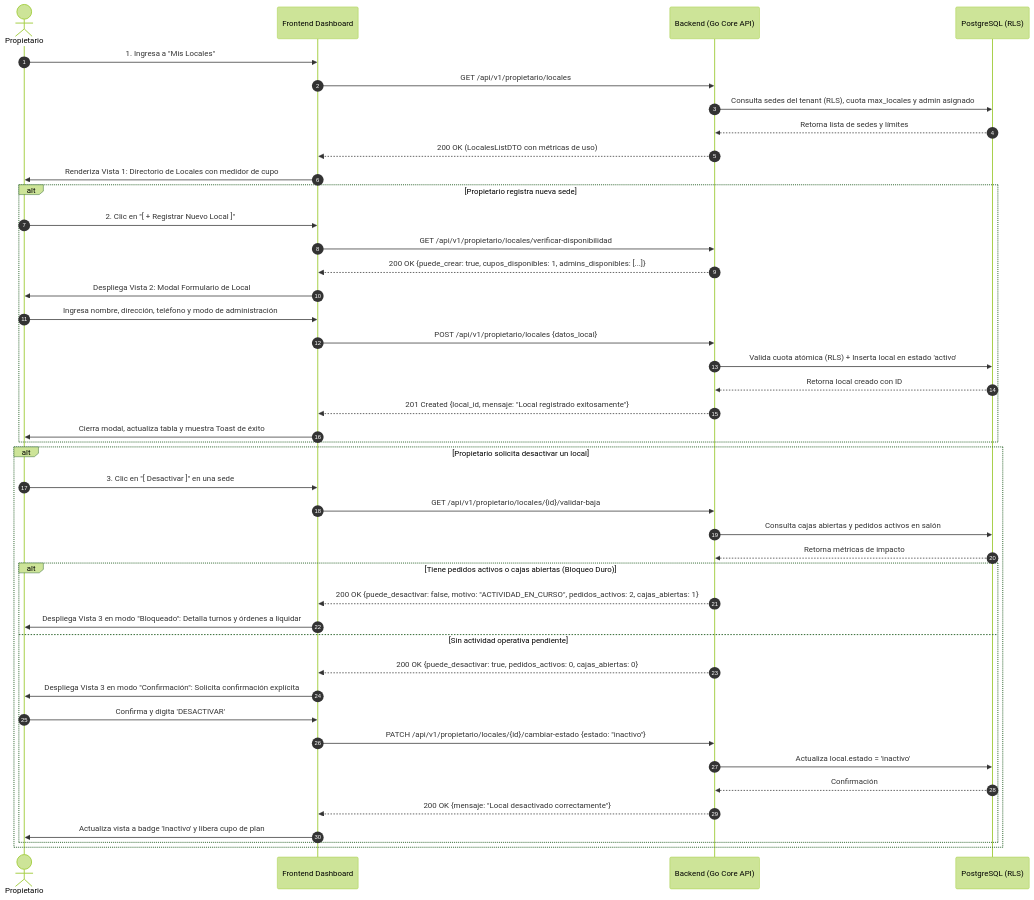
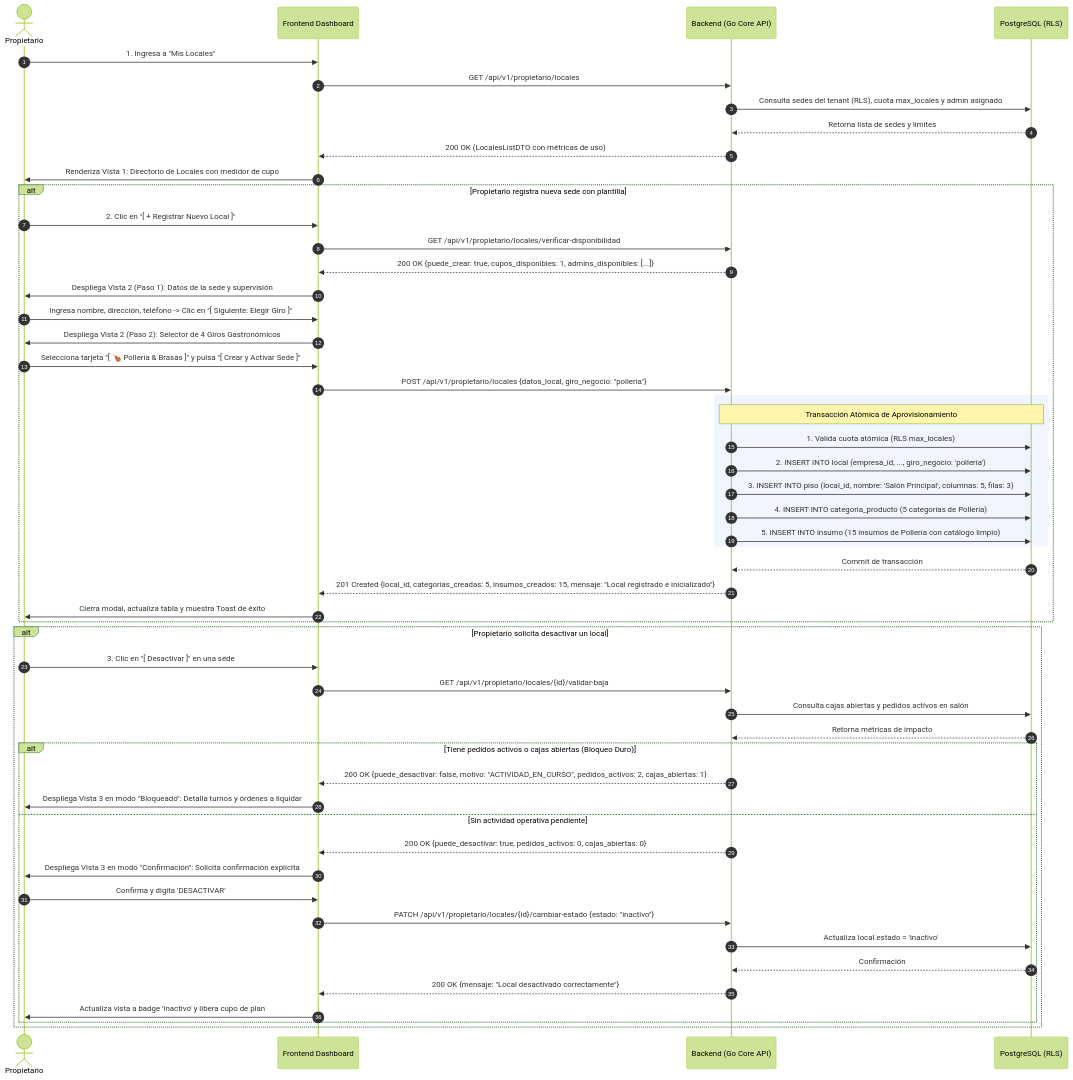
One commit to JCHUIZ10/RestaurantCloud_AI_backend changed the diagram in wireframe/propietario/CU-PROP-04-administrar-locales/wireframe.md. Above: the diagram before and after it, drawn with Mermaid (forest theme). The commit also changed other lines of this file and 1 other file, not shown here.

Commit message:
Actualizacion del diseño de CU-PROP-04: Registrar y Administrar Locales

````diff
--- a/wireframe/propietario/CU-PROP-04-administrar-locales/wireframe.md
+++ b/wireframe/propietario/CU-PROP-04-administrar-locales/wireframe.md
@@ -22,51 +22,62 @@
 ```mermaid
 sequenceDiagram
     autonumber
     actor P as Propietario
     participant FE as Frontend Dashboard
     participant BE as Backend (Go Core API)
     participant DB as PostgreSQL (RLS)
 
     %% Flujo 1: Consulta del Directorio
     P->>FE: 1. Ingresa a "Mis Locales"
     FE->>BE: GET /api/v1/propietario/locales
     BE->>DB: Consulta sedes del tenant (RLS), cuota max_locales y admin asignado
     DB-->>BE: Retorna lista de sedes y límites
     BE-->>FE: 200 OK (LocalesListDTO con métricas de uso)
     FE->>P: Renderiza Vista 1: Directorio de Locales con medidor de cupo
 
-    %% Flujo 2: Registro de Nueva Sede
-    alt Propietario registra nueva sede
+    %% Flujo 2: Registro de Nueva Sede (Wizard de 2 Pasos)
+    alt Propietario registra nueva sede con plantilla
         P->>FE: 2. Clic en "[ + Registrar Nuevo Local ]"
         FE->>BE: GET /api/v1/propietario/locales/verificar-disponibilidad
         BE-->>FE: 200 OK {puede_crear: true, cupos_disponibles: 1, admins_disponibles: [...]}
-        FE->>P: Despliega Vista 2: Modal Formulario de Local
-        P->>FE: Ingresa nombre, dirección, teléfono y modo de administración
-        FE->>BE: POST /api/v1/propietario/locales {datos_local}
-        BE->>DB: Valida cuota atómica (RLS) + Inserta local en estado 'activo'
-        DB-->>BE: Retorna local creado con ID
-        BE-->>FE: 201 Created {local_id, mensaje: "Local registrado exitosamente"}
+        FE->>P: Despliega Vista 2 (Paso 1): Datos de la sede y supervisión
+        P->>FE: Ingresa nombre, dirección, teléfono -> Clic en "[ Siguiente: Elegir Giro ]"
+        FE->>P: Despliega Vista 2 (Paso 2): Selector de 4 Giros Gastronómicos
+        P->>FE: Selecciona tarjeta "[ 🍗 Pollería & Brasas ]" y pulsa "[ Crear y Activar Sede ]"
+        FE->>BE: POST /api/v1/propietario/locales {datos_local, giro_negocio: "polleria"}
+        
+        rect rgb(240, 245, 255)
+            Note over BE,DB: Transacción Atómica de Aprovisionamiento
+            BE->>DB: 1. Valida cuota atómica (RLS max_locales)
+            BE->>DB: 2. INSERT INTO local (empresa_id, ..., giro_negocio: 'polleria')
+            BE->>DB: 3. INSERT INTO piso (local_id, nombre: 'Salón Principal', columnas: 5, filas: 3)
+            BE->>DB: 4. INSERT INTO categoria_producto (5 categorías de Pollería)
+            BE->>DB: 5. INSERT INTO insumo (15 insumos de Pollería con catálogo limpio)
+        end
+        
+        DB-->>BE: Commit de transacción
+        BE-->>FE: 201 Created {local_id, categorias_creadas: 5, insumos_creados: 15, mensaje: "Local registrado e inicializado"}
         FE->>P: Cierra modal, actualiza tabla y muestra Toast de éxito
     end
 
     %% Flujo 3: Desactivación con Auditoría Operativa (Bloqueo Duro)
     alt Propietario solicita desactivar un local
         P->>FE: 3. Clic en "[ Desactivar ]" en una sede
         FE->>BE: GET /api/v1/propietario/locales/{id}/validar-baja
         BE->>DB: Consulta cajas abiertas y pedidos activos en salón
         DB-->>BE: Retorna métricas de impacto
         alt Tiene pedidos activos o cajas abiertas (Bloqueo Duro)
             BE-->>FE: 200 OK {puede_desactivar: false, motivo: "ACTIVIDAD_EN_CURSO", pedidos_activos: 2, cajas_abiertas: 1}
             FE->>P: Despliega Vista 3 en modo "Bloqueado": Detalla turnos y órdenes a liquidar
         else Sin actividad operativa pendiente
             BE-->>FE: 200 OK {puede_desactivar: true, pedidos_activos: 0, cajas_abiertas: 0}
             FE->>P: Despliega Vista 3 en modo "Confirmación": Solicita confirmación explícita
             P->>FE: Confirma y digita 'DESACTIVAR'
             FE->>BE: PATCH /api/v1/propietario/locales/{id}/cambiar-estado {estado: "inactivo"}
             BE->>DB: Actualiza local.estado = 'inactivo'
             DB-->>BE: Confirmación
             BE-->>FE: 200 OK {mensaje: "Local desactivado correctamente"}
             FE->>P: Actualiza vista a badge 'Inactivo' y libera cupo de plan
         end
     end
 ```
````
